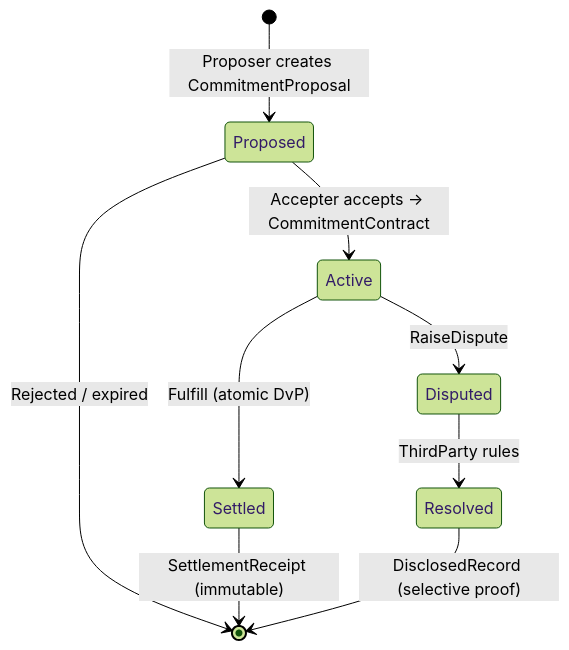
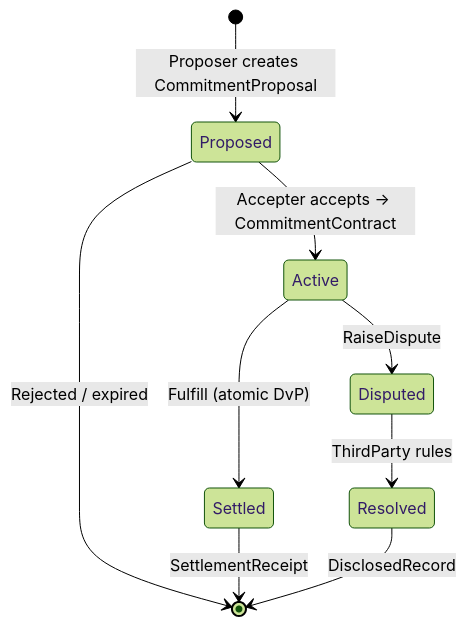
The first of 2 diagrams in README.md (ruwaq/CantonVault), drawn with Mermaid (forest theme) before and after one commit. The commit also changed other lines of this file, not shown here.

````diff
--- a/README.md
+++ b/README.md
@@ -69,11 +78,11 @@
 ```mermaid
 stateDiagram-v2
     [*] --> Proposed: Proposer creates CommitmentProposal
     Proposed --> Active: Accepter accepts → CommitmentContract
     Proposed --> [*]: Rejected / expired
     Active --> Settled: Fulfill (atomic DvP)
     Active --> Disputed: RaiseDispute
     Disputed --> Resolved: ThirdParty rules
-    Settled --> [*]: SettlementReceipt (immutable)
-    Resolved --> [*]: DisclosedRecord (selective proof)
+    Settled --> [*]: SettlementReceipt
+    Resolved --> [*]: DisclosedRecord
 ```
````
